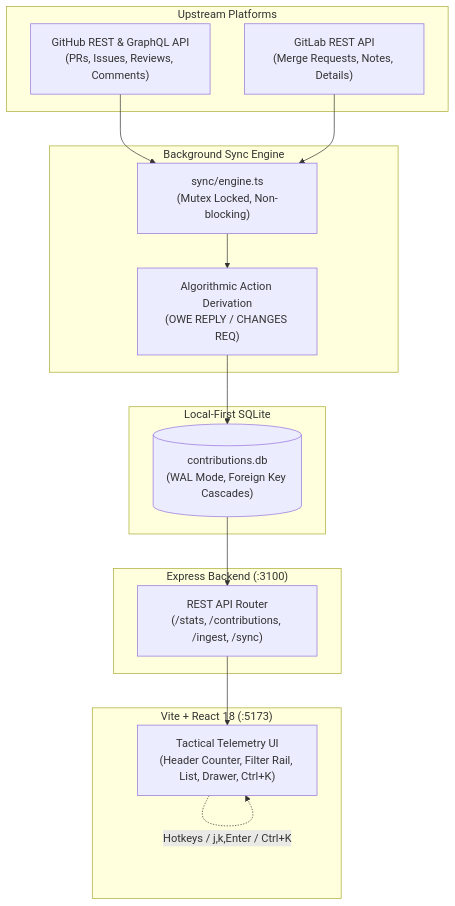
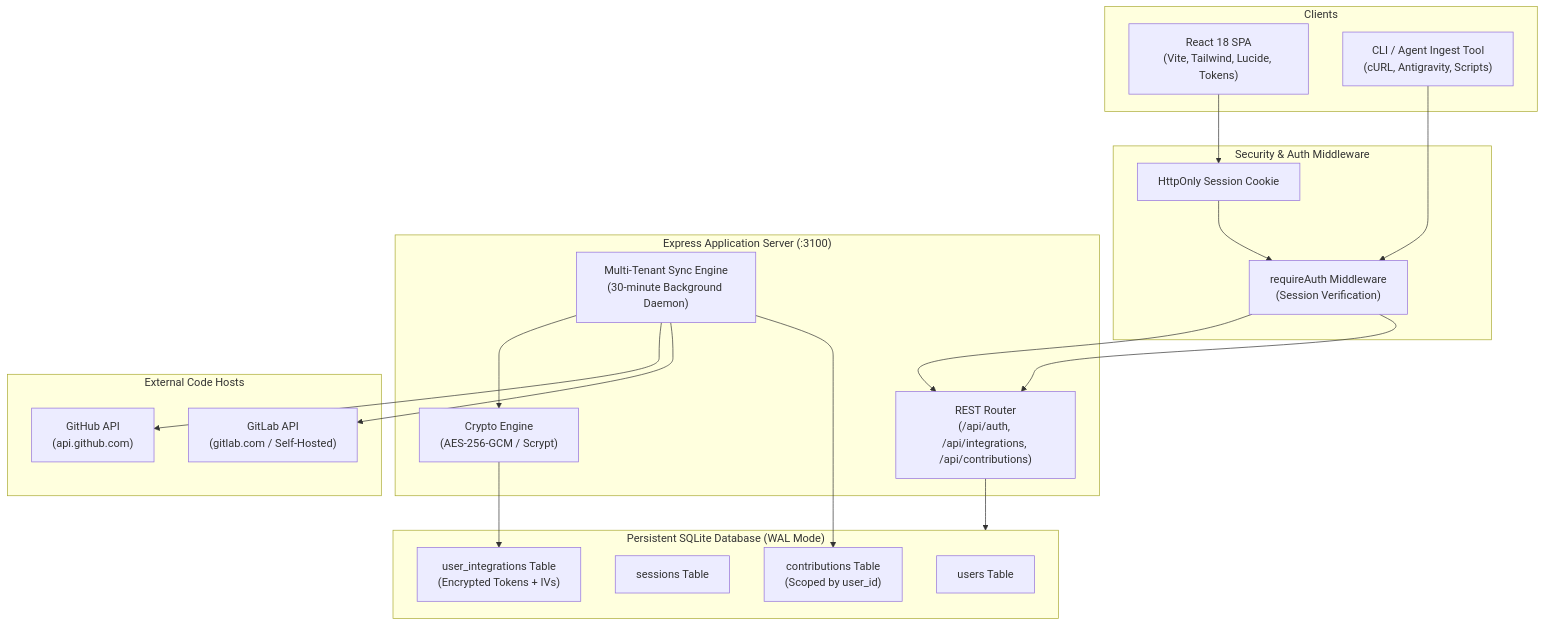
One commit to Guts1005/oss-command-center changed the diagram in README.md. Above: the diagram before and after it, drawn with Mermaid. The commit also changed other lines of this file and 28 other files, not shown here.

Commit message:
feat: multi-tenant encrypted user system, background sync, banner, and zero-cost cloud deployment

````diff
--- a/README.md
+++ b/README.md
@@ -66,32 +83,39 @@
 ```mermaid
 flowchart TD
-    subgraph Upstream["Upstream Platforms"]
-        GH["GitHub REST & GraphQL API\n(PRs, Issues, Reviews, Comments)"]
-        GL["GitLab REST API\n(Merge Requests, Notes, Details)"]
+    subgraph Clients["Clients"]
+        Browser["React 18 SPA\n(Vite, Tailwind, Lucide, Tokens)"]
+        CLI["CLI / Agent Ingest Tool\n(cURL, Antigravity, Scripts)"]
     end
 
-    subgraph SyncEngine["Background Sync Engine"]
-        Engine["sync/engine.ts\n(Mutex Locked, Non-blocking)"]
-        Parser["Algorithmic Action Derivation\n(OWE REPLY / CHANGES REQ)"]
+    subgraph AuthLayer["Security & Auth Middleware"]
+        Cookie["HttpOnly Session Cookie"]
+        RequireAuth["requireAuth Middleware\n(Session Verification)"]
     end
 
-    subgraph Storage["Local-First SQLite"]
-        DB[("contributions.db\n(WAL Mode, Foreign Key Cascades)")]
+    subgraph AppServer["Express Application Server (:3100)"]
+        Router["REST Router\n(/api/auth, /api/integrations, /api/contributions)"]
+        SyncEngine["Multi-Tenant Sync Engine\n(30-minute Background Daemon)"]
+        CryptoEngine["Crypto Engine\n(AES-256-GCM / Scrypt)"]
     end
 
-    subgraph Server["Express Backend (:3100)"]
-        API["REST API Router\n(/stats, /contributions, /ingest, /sync)"]
+    subgraph UpstreamProviders["External Code Hosts"]
+        GH["GitHub API\n(api.github.com)"]
+        GL["GitLab API\n(gitlab.com / Self-Hosted)"]
     end
 
-    subgraph Frontend["Vite + React 18 (:5173)"]
-        UI["Tactical Telemetry UI\n(Header Counter, Filter Rail, List, Drawer, Ctrl+K)"]
+    subgraph Database["Persistent SQLite Database (WAL Mode)"]
+        Users["users Table"]
+        Sessions["sessions Table"]
+        Integrations["user_integrations Table\n(Encrypted Tokens + IVs)"]
+        Contribs["contributions Table\n(Scoped by user_id)"]
     end
 
-    GH --> Engine
-    GL --> Engine
-    Engine --> Parser
-    Parser --> DB
-    DB --> API
-    API --> UI
-    UI -. "Hotkeys / j,k,Enter / Ctrl+K" .-> UI
+    Browser --> Cookie --> RequireAuth --> Router
+    CLI --> RequireAuth --> Router
+    Router --> Database
+    SyncEngine --> CryptoEngine
+    CryptoEngine --> Integrations
+    SyncEngine --> GH
+    SyncEngine --> GL
+    SyncEngine --> Contribs
 ```
````
